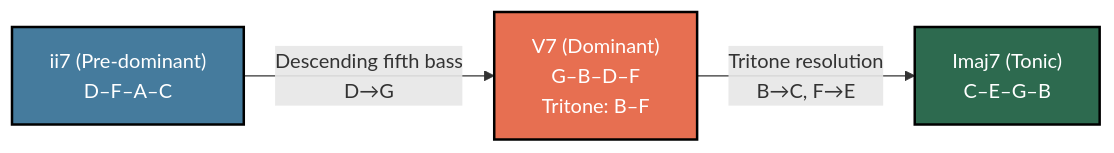
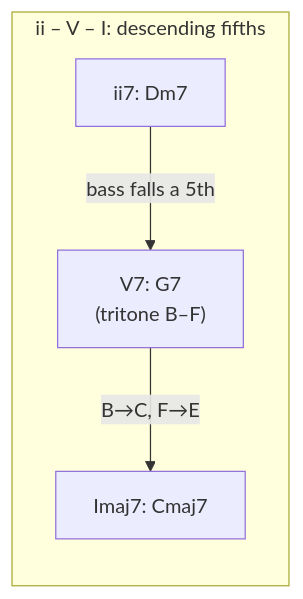
One commit to blebleblee/synapse changed the second of 5 diagrams in topics/arts/composition/songwriting/lesson_04_harmonic_progressions.md. Above: the diagram before and after it, drawn with Mermaid. The commit also changed other lines of this file and 4 other files, not shown here.

````diff
--- a/topics/arts/composition/songwriting/lesson_04_harmonic_progressions.md
+++ b/topics/arts/composition/songwriting/lesson_04_harmonic_progressions.md
@@ -204,13 +109,7 @@
 ```mermaid
 graph LR
-    ii["ii7 (Pre-dominant)\nD–F–A–C"]
-    V7["V7 (Dominant)\nG–B–D–F\nTritone: B–F"]
-    Imaj7["Imaj7 (Tonic)\nC–E–G–B"]
-
-    ii -->|"Descending fifth bass\nD→G"| V7
-    V7 -->|"Tritone resolution\nB→C, F→E"| Imaj7
-
-    style ii fill:#457b9d,stroke:#000,stroke-width:2px,color:#fff
-    style V7 fill:#e76f51,stroke:#000,stroke-width:2px,color:#fff
-    style Imaj7 fill:#2d6a4f,stroke:#000,stroke-width:2px,color:#fff
+    subgraph prog2 ["ii – V – I: descending fifths"]
+    ii["ii7: Dm7"] -->|"bass falls a 5th"| V7["V7: G7\n(tritone B–F)"]
+    V7 -->|"B→C, F→E"| I["Imaj7: Cmaj7"]
+    end
 ```
````
